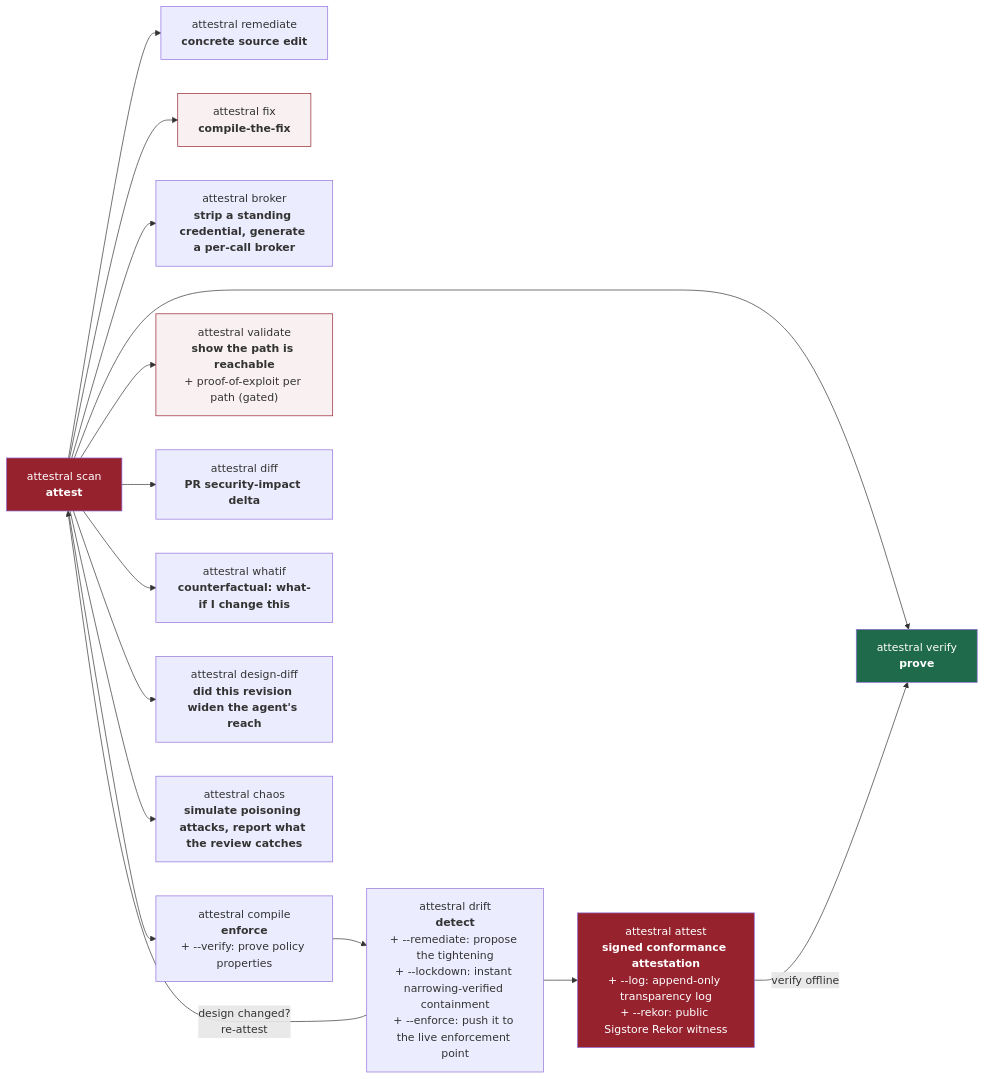
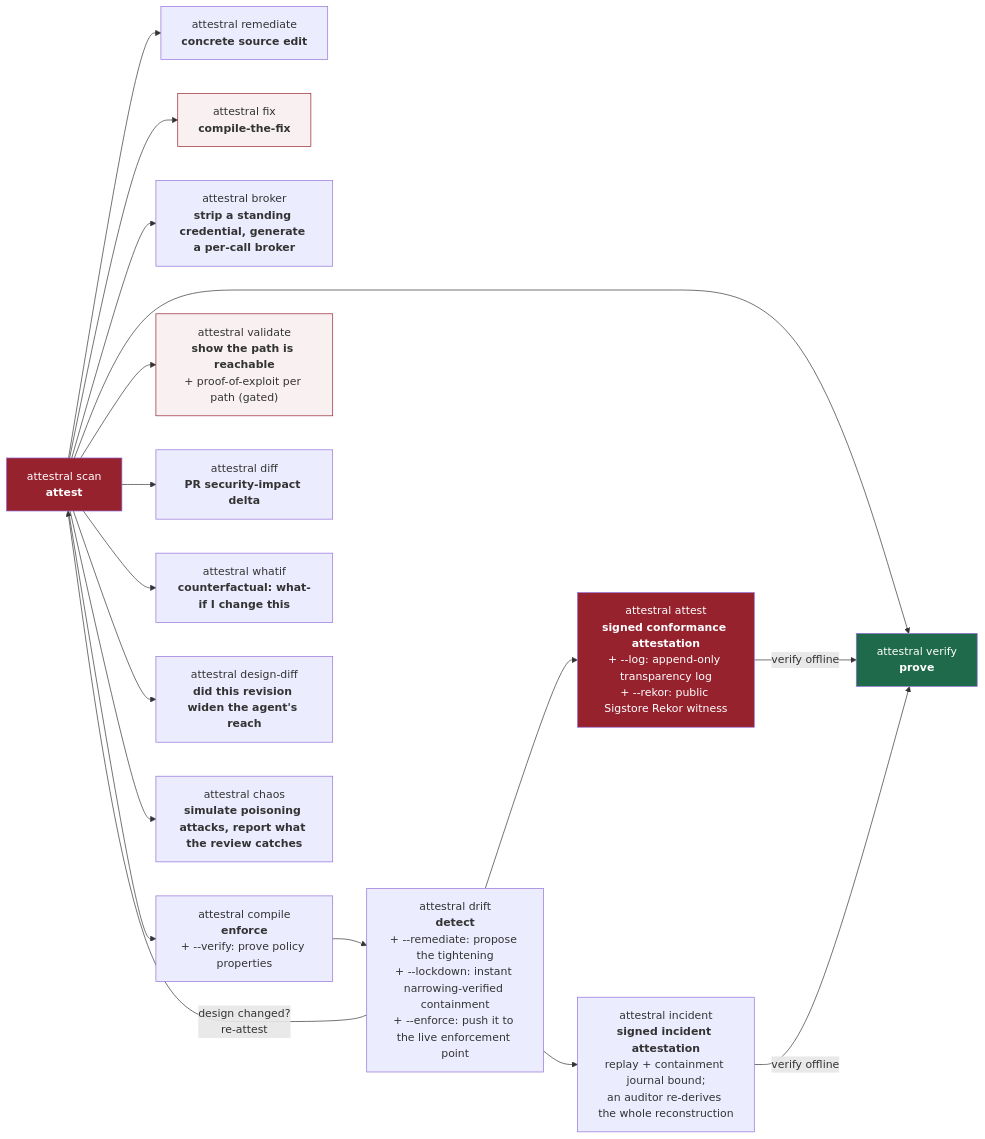
The second of 5 diagrams in README.md (attestral-labs/attestral), drawn with Mermaid before and after one commit. The commit also changed other lines of this file and 1 other file, not shown here.

Commit message:
docs: draw the runtime loop end-to-end, log the incident attestation

````diff
--- a/README.md
+++ b/README.md
@@ -287,22 +287,24 @@
 ```mermaid
 flowchart LR
     A["attestral scan<br/><b>attest</b>"] --> B["attestral verify<br/><b>prove</b>"]
     A --> R["attestral remediate<br/><b>concrete source edit</b>"]
     A --> F["attestral fix<br/><b>compile-the-fix</b>"]
     A --> BR["attestral broker<br/><b>strip a standing credential, generate a per-call broker</b>"]
     A --> C["attestral compile<br/><b>enforce</b><br/>+ --verify: prove policy properties"]
     C --> D["attestral drift<br/><b>detect</b><br/>+ --remediate: propose the tightening<br/>+ --lockdown: instant narrowing-verified containment<br/>+ --enforce: push it to the live enforcement point"]
     D --> AT["attestral attest<br/><b>signed conformance attestation</b><br/>+ --log: append-only transparency log<br/>+ --rekor: public Sigstore Rekor witness"]
     AT -->|"verify offline"| B
+    D --> INC["attestral incident<br/><b>signed incident attestation</b><br/>replay + containment journal bound;<br/>an auditor re-derives the whole reconstruction"]
+    INC -->|"verify offline"| B
     D -->|"design changed?<br/>re-attest"| A
     A --> V["attestral validate<br/><b>show the path is reachable</b><br/>+ proof-of-exploit per path (gated)"]
     A --> DF["attestral diff<br/><b>PR security-impact delta</b>"]
     A --> WI["attestral whatif<br/><b>counterfactual: what-if I change this</b>"]
     A --> DD["attestral design-diff<br/><b>did this revision widen the agent's reach</b>"]
     A --> CH["attestral chaos<br/><b>simulate poisoning attacks, report what the review catches</b>"]
     style A fill:#96222E,color:#fff
     style B fill:#1F6A4A,color:#fff
     style F fill:#96222E11,stroke:#96222E
     style V fill:#96222E11,stroke:#96222E
     style AT fill:#96222E,color:#fff
 ```
````
